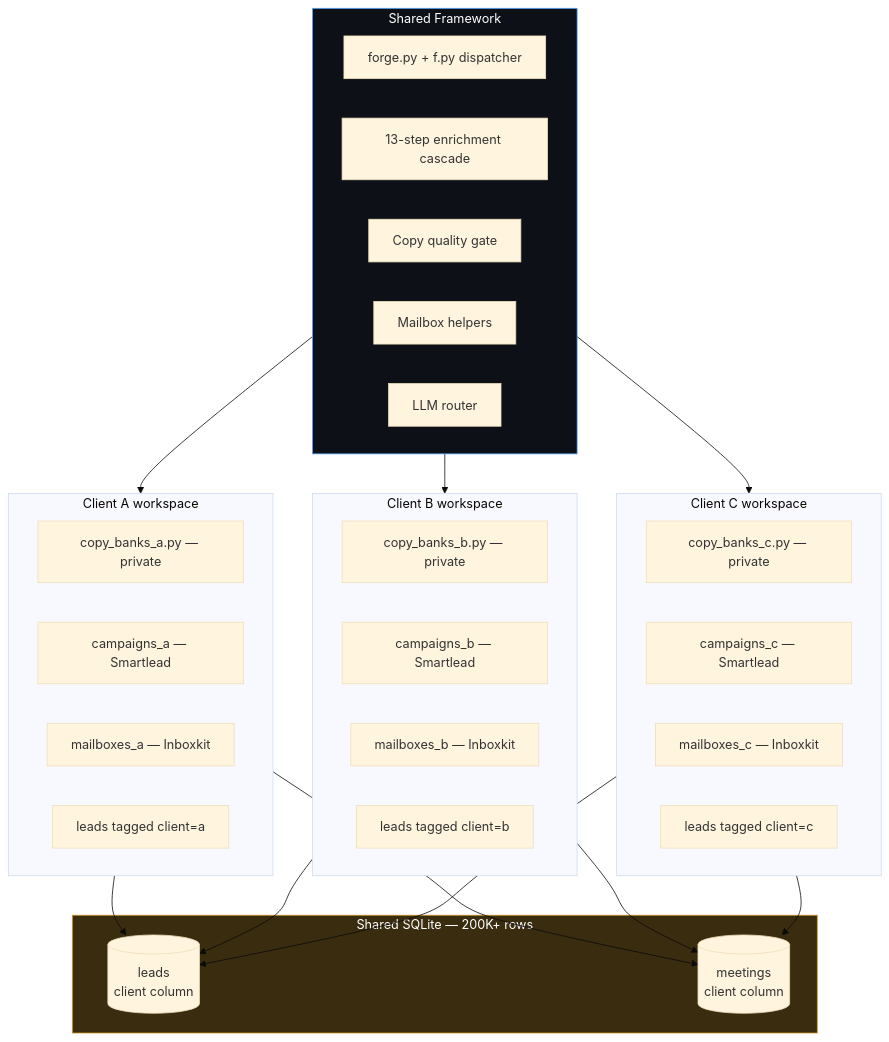
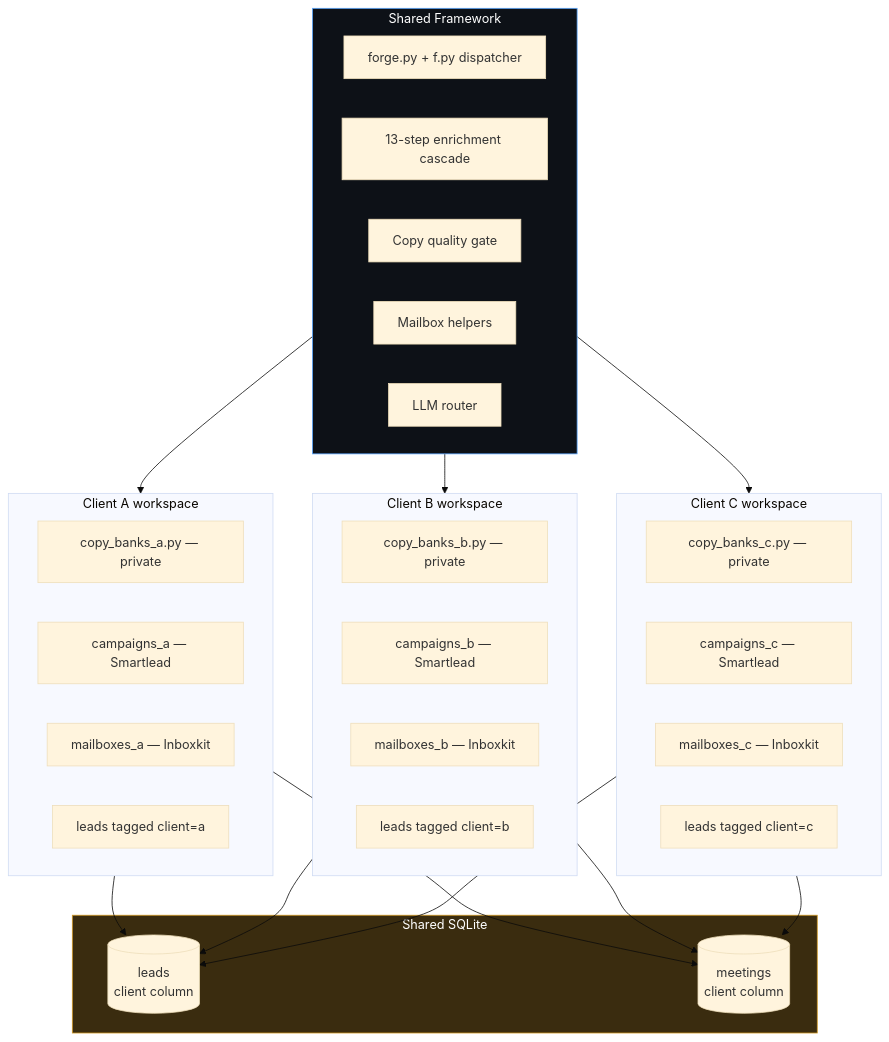
Before and after one commit to RoberickSanders/b2b-outbound-stack: the fourth of 5 diagrams in README.md, drawn with Mermaid (base theme). The commit also changed other lines of this file, not shown here.

````diff
--- a/README.md
+++ b/README.md
@@ -180,49 +155,49 @@
 ```mermaid
 flowchart TB
     subgraph FORGE[Shared Framework]
         F1[forge.py + f.py dispatcher]
         F2[13-step enrichment cascade]
         F3[Copy quality gate]
         F4[Mailbox helpers]
         F5[LLM router]
     end
 
     subgraph CLIENT_A[Client A workspace]
         A1[copy_banks_a.py — private]
         A2[campaigns_a — Smartlead]
         A3[mailboxes_a — Inboxkit]
         A4[leads tagged client=a]
     end
 
     subgraph CLIENT_B[Client B workspace]
         B1[copy_banks_b.py — private]
         B2[campaigns_b — Smartlead]
         B3[mailboxes_b — Inboxkit]
         B4[leads tagged client=b]
     end
 
     subgraph CLIENT_C[Client C workspace]
         C1[copy_banks_c.py — private]
         C2[campaigns_c — Smartlead]
         C3[mailboxes_c — Inboxkit]
         C4[leads tagged client=c]
     end
 
-    subgraph DB[Shared SQLite — 200K+ rows]
+    subgraph DB[Shared SQLite]
         D1[(leads<br/>client column)]
         D2[(meetings<br/>client column)]
     end
 
     FORGE --> CLIENT_A
     FORGE --> CLIENT_B
     FORGE --> CLIENT_C
     CLIENT_A --> D1
     CLIENT_B --> D1
     CLIENT_C --> D1
     CLIENT_A --> D2
     CLIENT_B --> D2
     CLIENT_C --> D2
 
     style FORGE fill:#0d1117,color:#fff,stroke:#58a6ff
     style DB fill:#3a2c0f,color:#fff,stroke:#d29922
 ```
````
